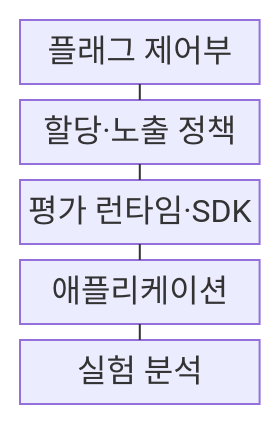
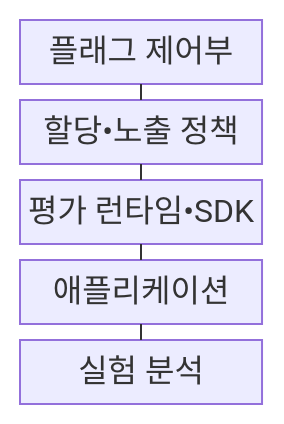
Before and after one commit to agnusdei1207/knowledge-base: the first of 2 diagrams in src/content/docs/notes/03-software/220_feature_toggle_experimentation.md, drawn with Mermaid. The commit also changed other lines of this file and 953 other files, not shown here.

````diff
--- a/src/content/docs/notes/03-software/220_feature_toggle_experimentation.md
+++ b/src/content/docs/notes/03-software/220_feature_toggle_experimentation.md
@@ -65,13 +65,13 @@
 ```mermaid
 block-beta
     columns 1
     A["플래그 제어부"]
-    B["할당·노출 정책"]
-    C["평가 런타임·SDK"]
+    B["할당•노출 정책"]
+    C["평가 런타임•SDK"]
     D["애플리케이션"]
     E["실험 분석"]
     A --- B
     B --- C
     C --- D
     D --- E
 ```
````
